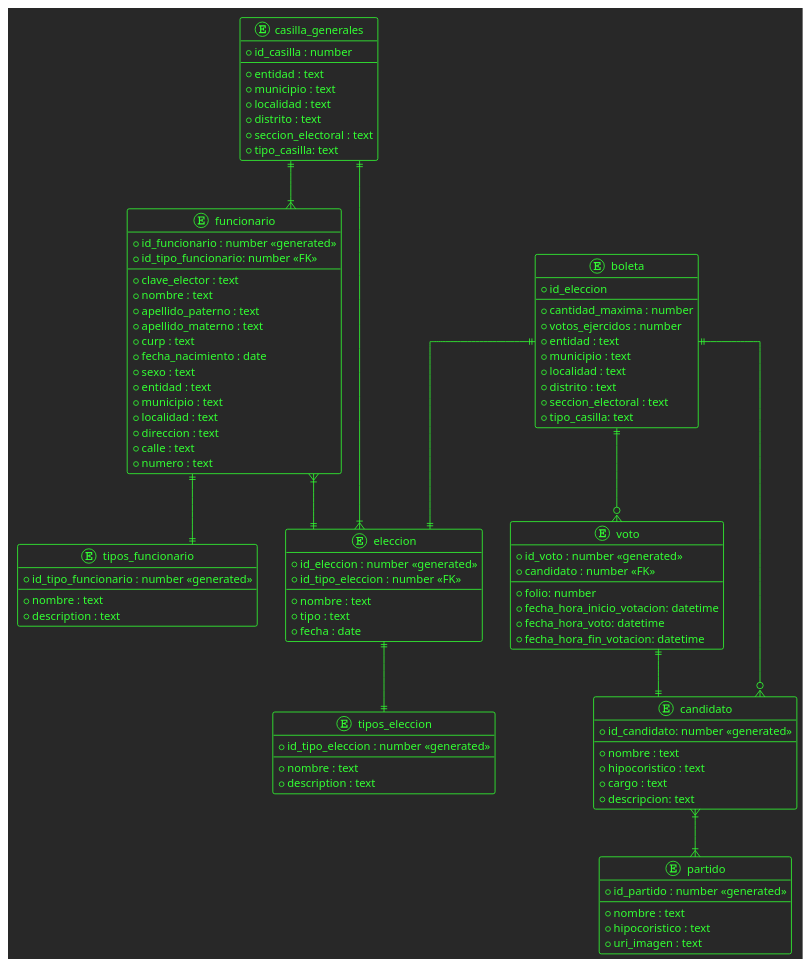
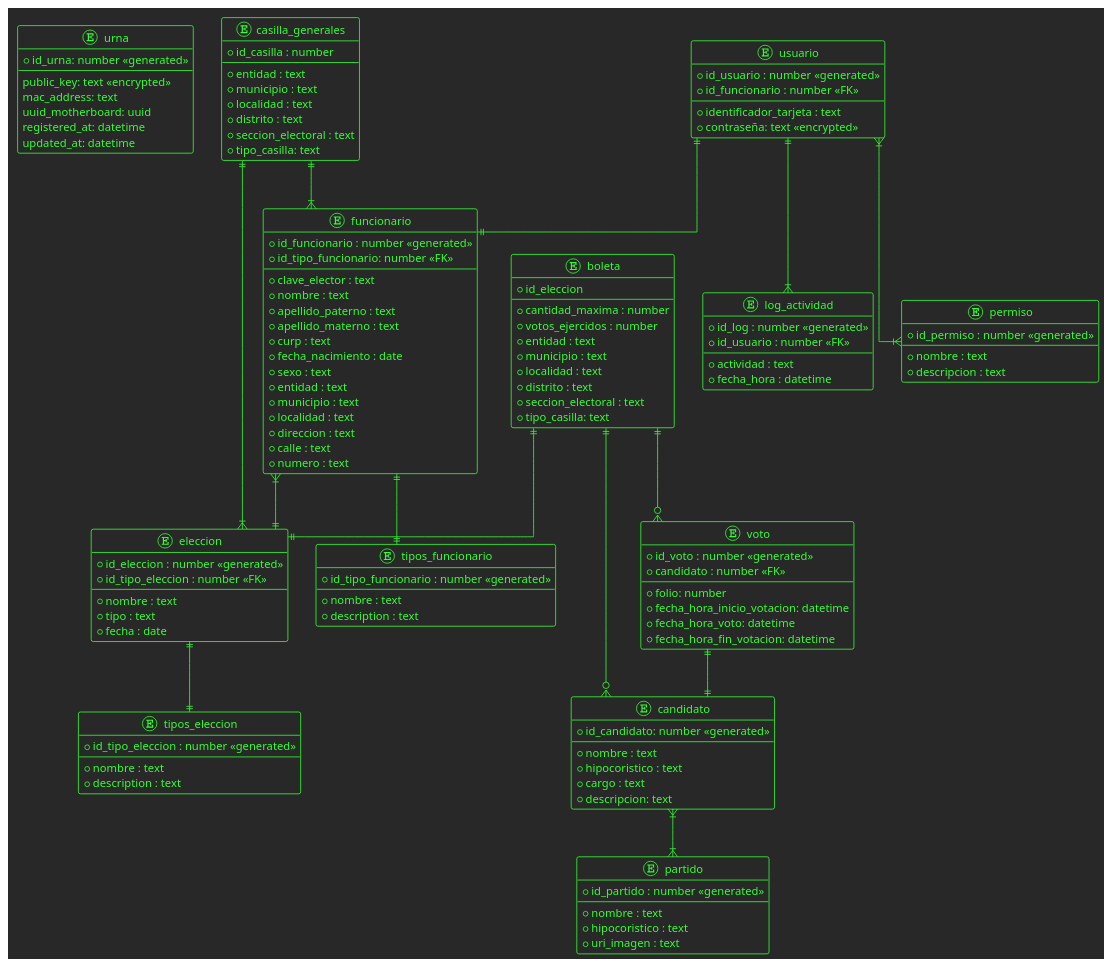
One commit to EkBalam/urna_electronica changed the diagram in documentacion/diagrams/database.puml. Above: the diagram before and after it, drawn with PlantUML. The commit also changed 9 other files, not shown here.

```diff
--- a/documentacion/diagrams/database.puml
+++ b/documentacion/diagrams/database.puml
@@ -1,112 +1,148 @@
 @startuml
 
 !theme crt-green
 
 skinparam linetype ortho
+
+entity urna {
+    * id_urna: number <<generated>>
+    --
+    public_key: text <<encrypted>>
+    mac_address: text
+    uuid_motherboard: uuid
+    registered_at: datetime
+    updated_at: datetime
+}
 
 entity casilla_generales{
     * id_casilla : number
     --
     * entidad : text
     * municipio : text
     * localidad : text
     * distrito : text
     * seccion_electoral : text
     * tipo_casilla: text
+}
+
+entity usuario{
+    * id_usuario : number <<generated>>
+    * id_funcionario : number <<FK>>
+    --
+    * identificador_tarjeta : text
+    * contraseña: text <<encrypted>>
+}
+
+entity permiso{
+    * id_permiso : number <<generated>>
+    --
+    * nombre : text
+    * descripcion : text
 }
 
 entity funcionario{
     * id_funcionario : number <<generated>>
     * id_tipo_funcionario: number <<FK>>
     --
     * clave_elector : text
     * nombre : text
     * apellido_paterno : text
     * apellido_materno : text
     * curp : text
     * fecha_nacimiento : date
     * sexo : text
     * entidad : text
     * municipio : text
     * localidad : text
     * direccion : text
     * calle : text
     * numero : text
 }
 
 entity tipos_funcionario{
     * id_tipo_funcionario : number <<generated>>
     --
     * nombre : text
     * description : text
 }
 
 entity eleccion {
     * id_eleccion : number <<generated>>
     * id_tipo_eleccion : number <<FK>>
     --
     * nombre : text
     * tipo : text        
     * fecha : date
 }
 
 entity tipos_eleccion{
     * id_tipo_eleccion : number <<generated>>
     --
     * nombre : text
     * description : text
 }
 
 
 entity boleta{
     * id_eleccion
     --
     * cantidad_maxima : number
     * votos_ejercidos : number
     * entidad : text
     * municipio : text
     * localidad : text
     * distrito : text
     * seccion_electoral : text
     * tipo_casilla: text
 }
 
 entity voto{
     * id_voto : number <<generated>>
     * candidato : number <<FK>>
     --
     * folio: number
     * fecha_hora_inicio_votacion: datetime
     * fecha_hora_voto: datetime
     * fecha_hora_fin_votacion: datetime
 }
 
 entity candidato{
     * id_candidato: number <<generated>>
     --
     * nombre : text
     * hipocoristico : text
     * cargo : text
     * descripcion: text
 }
 
 entity partido{
     * id_partido : number <<generated>>
     --
     * nombre : text
     * hipocoristico : text
     * uri_imagen : text
 }
 
+entity log_actividad{
+    * id_log : number <<generated>>
+    * id_usuario : number <<FK>>
+    --
+    * actividad : text
+    * fecha_hora : datetime
+}
+
+usuario }|--|{ permiso
+usuario ||--|| funcionario
 funcionario ||--|| tipos_funcionario
 funcionario }|--|| eleccion
 eleccion ||--|| tipos_eleccion
 boleta ||--|| eleccion
 boleta ||--o{ candidato
 boleta ||--o{ voto
 voto ||--|| candidato
 candidato }|--|{ partido
 casilla_generales ||--|{ funcionario
 casilla_generales ||--|{ eleccion
+usuario ||--|{ log_actividad
 
 @enduml
```
